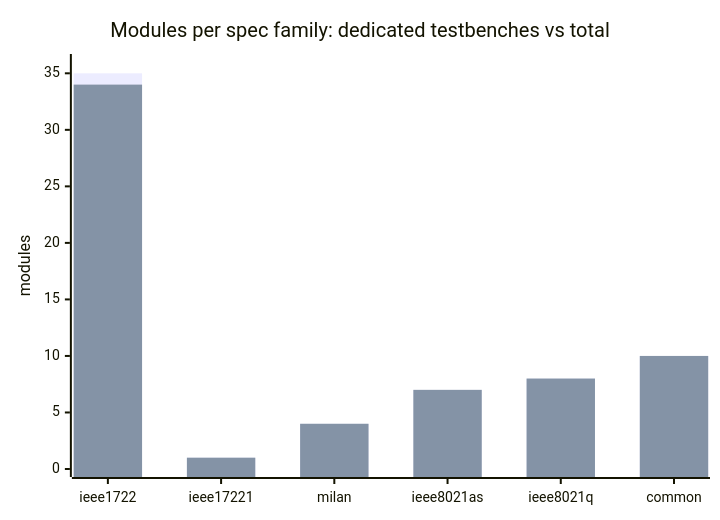
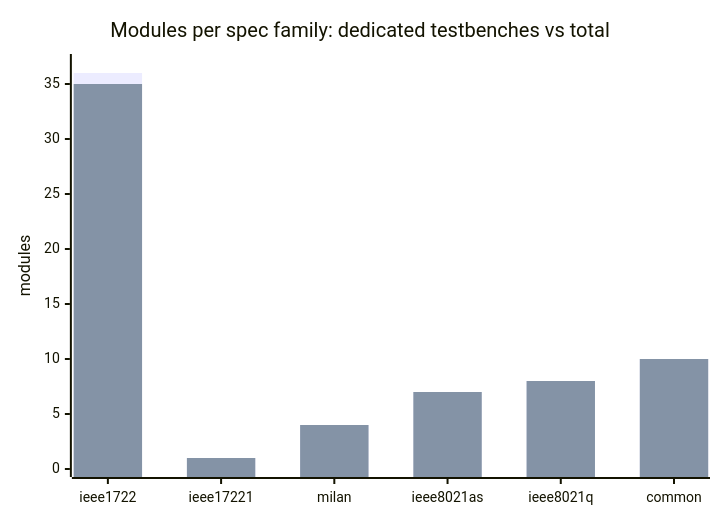
One commit to kebag-logic/milan-fpga changed the diagram in docs/traceability/MODULE_MATRIX.md. Above: the diagram before and after it, drawn with Mermaid. The commit also changed other lines of this file and 19 other files, not shown here.

````diff
--- a/docs/traceability/MODULE_MATRIX.md
+++ b/docs/traceability/MODULE_MATRIX.md
@@ -30,8 +30,8 @@
 ```mermaid
 xychart-beta
     title "Modules per spec family: dedicated testbenches vs total"
     x-axis ["ieee1722", "ieee17221", "milan", "ieee8021as", "ieee8021q", "common"]
-    y-axis "modules" 0 --> 36
+    y-axis "modules" 0 --> 37
+    bar [36, 1, 4, 7, 8, 10]
     bar [35, 1, 4, 7, 8, 10]
-    bar [34, 1, 4, 7, 8, 10]
 ```
````
